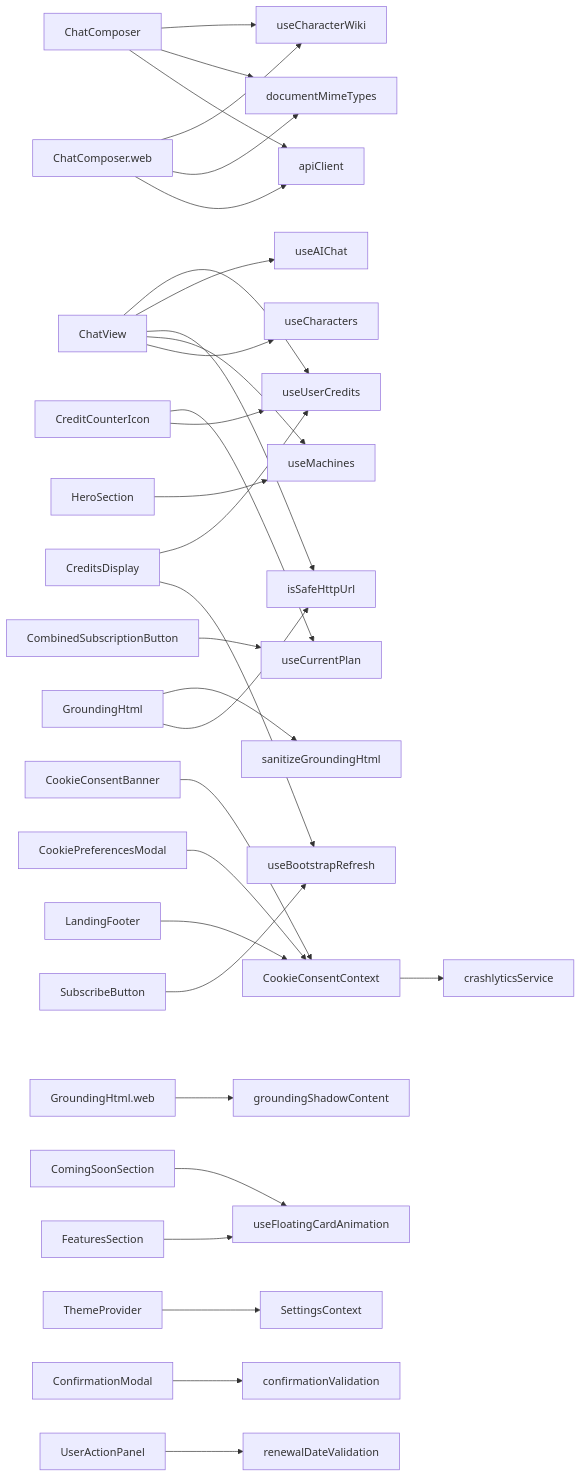
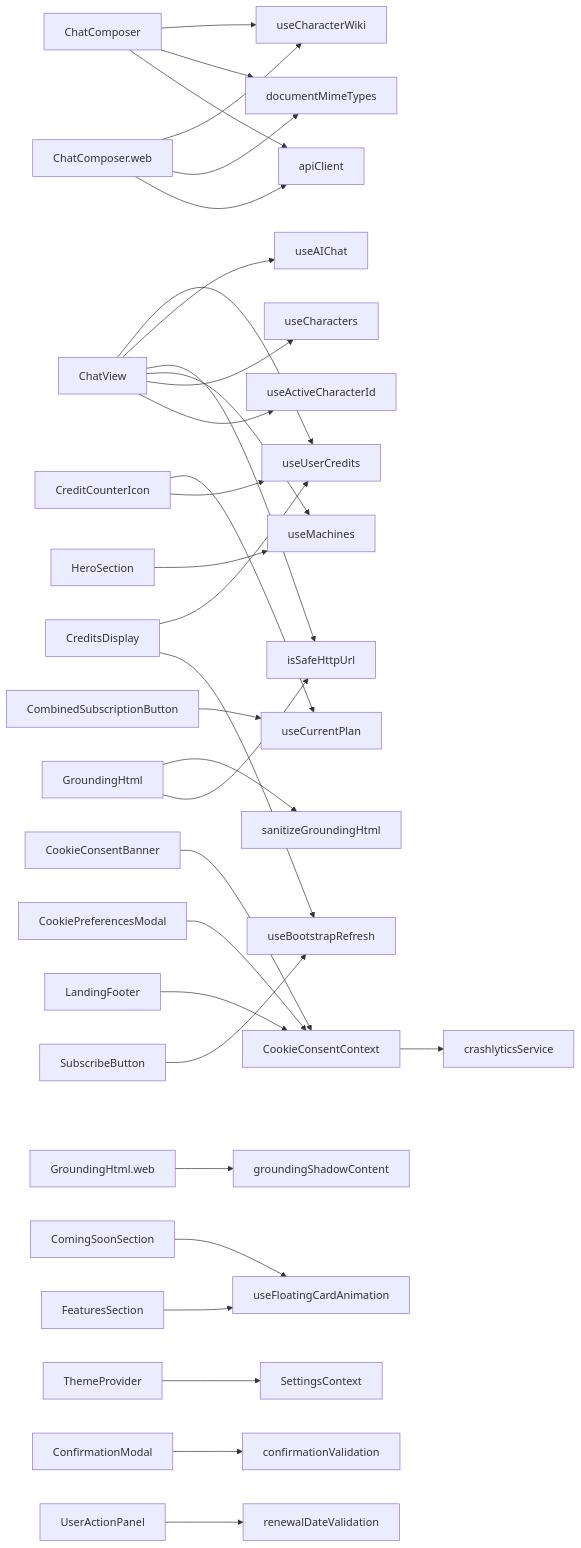
The diagram in docs/flowcharts/COMPONENTS.md (equationalapplications/clanker), drawn with Mermaid before and after one commit. The commit also changed 3 other files, not shown here.

First line of the commit message:
chore(flowcharts): regenerate dependency charts

````diff
--- a/docs/flowcharts/COMPONENTS.md
+++ b/docs/flowcharts/COMPONENTS.md
@@ -4,33 +4,34 @@
 ```mermaid
 graph LR
   ChatComposer --> useCharacterWiki
   ChatComposer --> documentMimeTypes
   ChatComposer --> apiClient
   ChatComposer.web --> useCharacterWiki
   ChatComposer.web --> documentMimeTypes
   ChatComposer.web --> apiClient
   ChatView --> useUserCredits
   ChatView --> useAIChat
   ChatView --> isSafeHttpUrl
   ChatView --> useMachines
   ChatView --> useCharacters
+  ChatView --> useActiveCharacterId
   CombinedSubscriptionButton --> useCurrentPlan
   CookieConsentBanner --> CookieConsentContext
   CookieConsentContext --> crashlyticsService
   CookiePreferencesModal --> CookieConsentContext
   CreditCounterIcon --> useCurrentPlan
   CreditCounterIcon --> useUserCredits
   CreditsDisplay --> useUserCredits
   CreditsDisplay --> useBootstrapRefresh
   GroundingHtml --> sanitizeGroundingHtml
   GroundingHtml --> isSafeHttpUrl
   GroundingHtml.web --> groundingShadowContent
   ComingSoonSection --> useFloatingCardAnimation
   FeaturesSection --> useFloatingCardAnimation
   HeroSection --> useMachines
   LandingFooter --> CookieConsentContext
   SubscribeButton --> useBootstrapRefresh
   ThemeProvider --> SettingsContext
   ConfirmationModal --> confirmationValidation
   UserActionPanel --> renewalDateValidation
 ```
````
